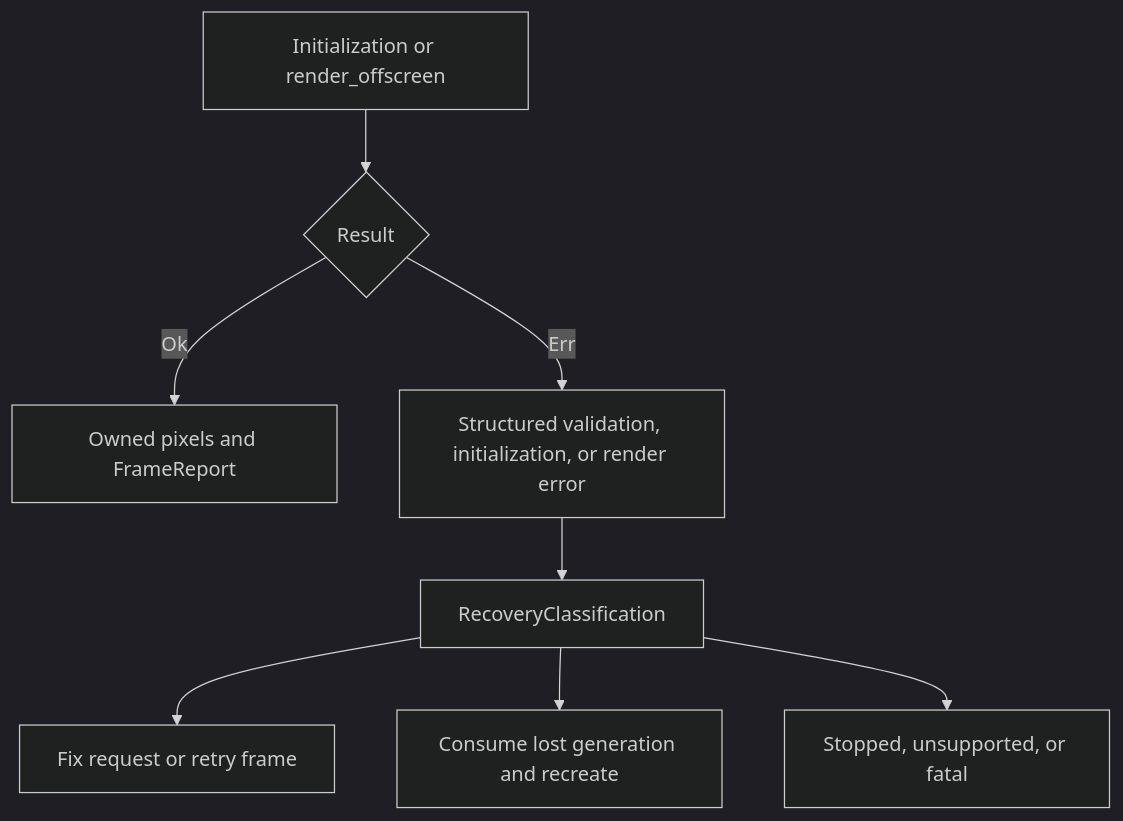
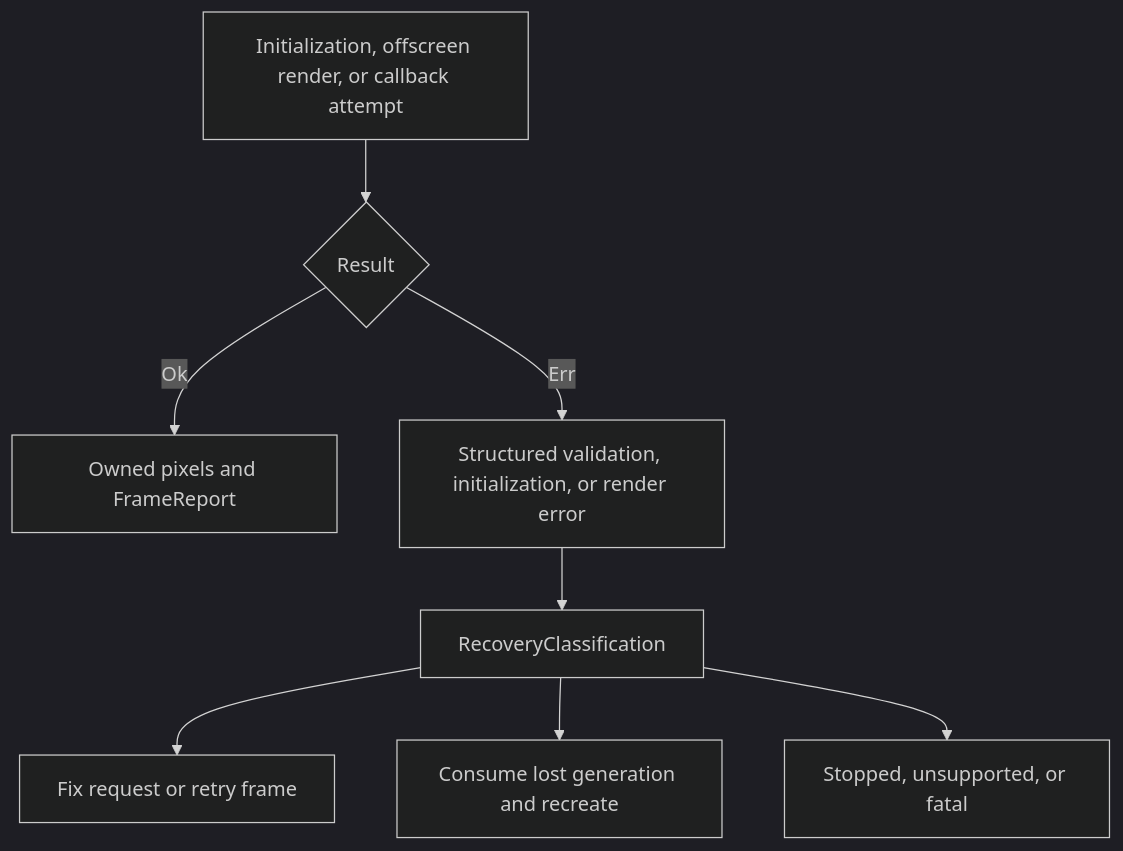
The sixth of 7 diagrams in ARCHITECTURE.md (dbuddha/alpine-gpui), drawn with Mermaid (dark theme) before and after one commit. The commit also changed other lines of this file and 21 other files, not shown here.

````diff
--- a/ARCHITECTURE.md
+++ b/ARCHITECTURE.md
@@ -332,10 +354,10 @@
 ```mermaid
 flowchart TD
-    call["Initialization or render_offscreen"] --> outcome{"Result"}
+    call["Initialization, offscreen render, or callback attempt"] --> outcome{"Result"}
     outcome -->|"Ok"| report["Owned pixels and FrameReport"]
     outcome -->|"Err"| backend_error["Structured validation, initialization, or render error"]
     backend_error --> classify["RecoveryClassification"]
     classify --> retry["Fix request or retry frame"]
     classify --> recreate["Consume lost generation and recreate"]
     classify --> terminate["Stopped, unsupported, or fatal"]
 ```
````
